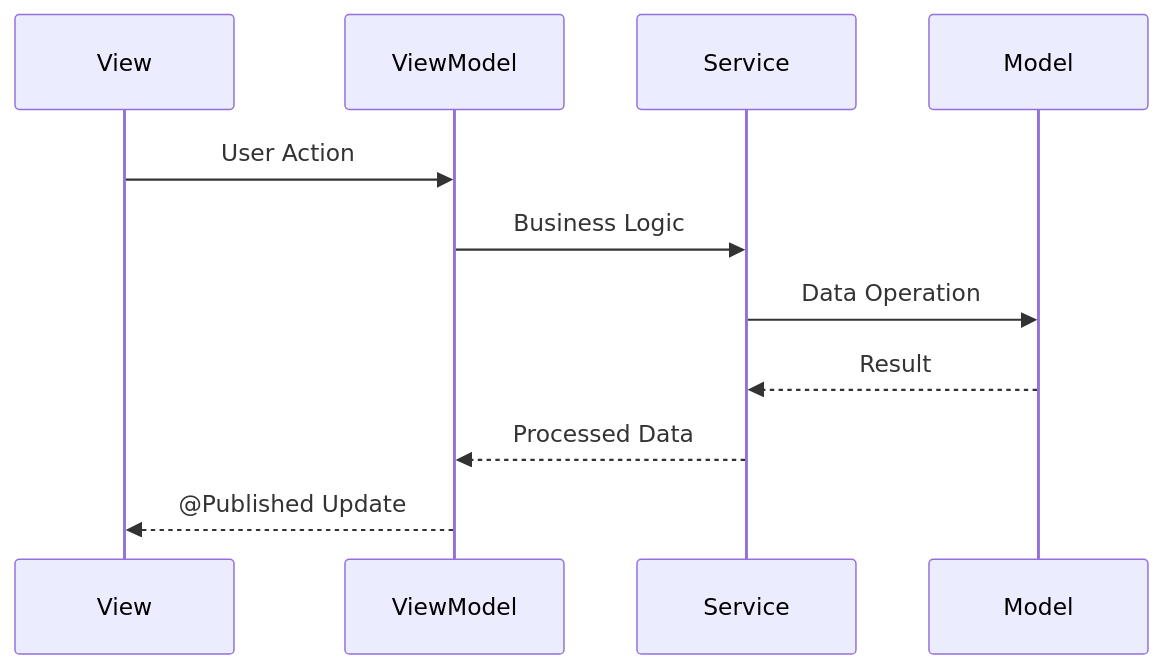
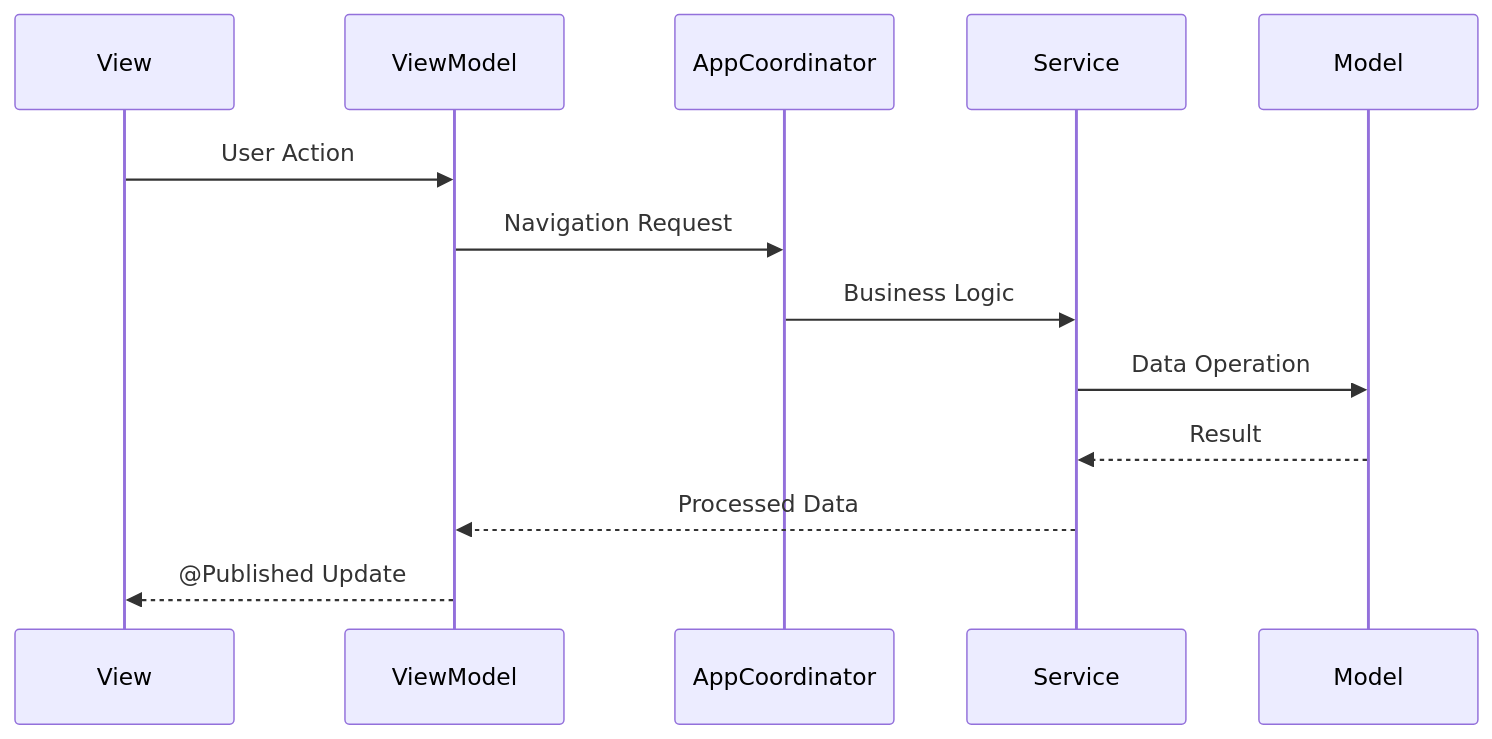
One commit to tutu-meng/read-aloud-v2 changed the diagram in docs/quick_reference.md. Above: the diagram before and after it, drawn with Mermaid. The commit also changed other lines of this file and 11 other files, not shown here.

````diff
--- a/docs/quick_reference.md
+++ b/docs/quick_reference.md
@@ -56,14 +68,16 @@
 ```mermaid
 sequenceDiagram
     participant V as View
     participant VM as ViewModel
+    participant C as AppCoordinator
     participant S as Service
     participant M as Model
     
     V->>VM: User Action
-    VM->>S: Business Logic
+    VM->>C: Navigation Request
+    C->>S: Business Logic
     S->>M: Data Operation
     M-->>S: Result
     S-->>VM: Processed Data
     VM-->>V: @Published Update
 ```
````
